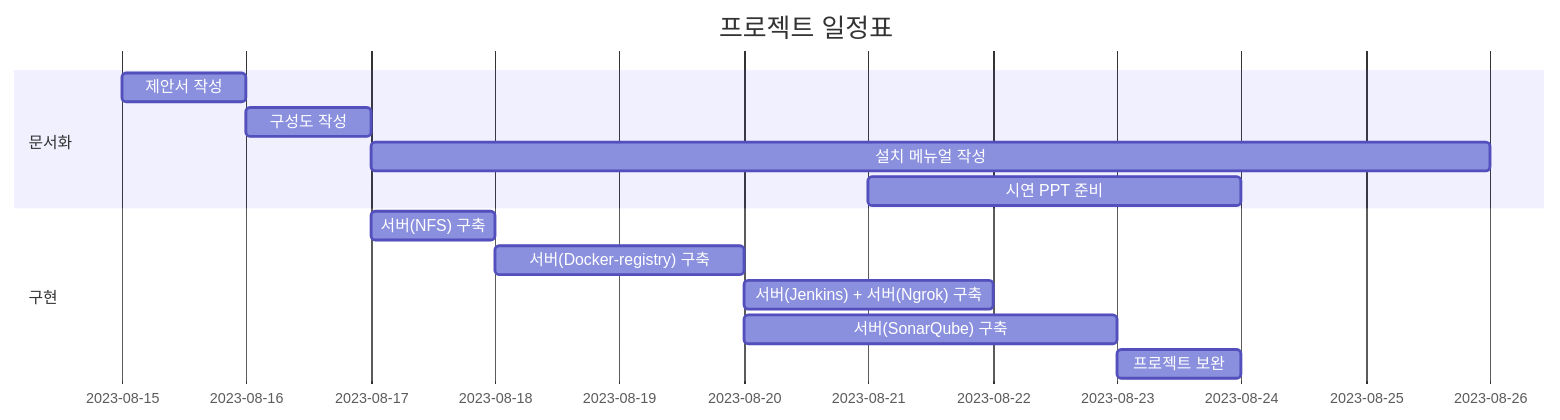
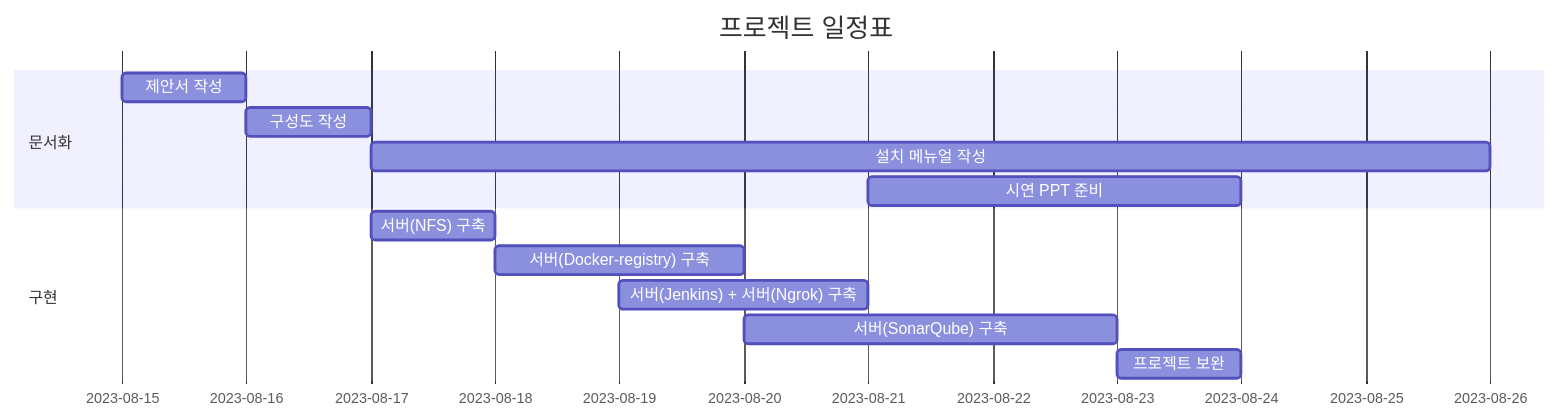
The diagram in README.md (KimJeongHoon190/First_Project), drawn with Mermaid before and after one commit.

````diff
--- a/README.md
+++ b/README.md
@@ -3,18 +3,18 @@
 ```mermaid
 gantt
     title 프로젝트 일정표
     dateFormat  YYYY-MM-DD
     section 문서화
     제안서 작성 : a1, 2023-08-15, 1d
     구성도 작성 : after a1, 1d
     설치 메뉴얼 작성 : after a1, 2023-08-17, 9d
     시연 PPT 준비 : after a1, 2023-08-21, 3d
    
 
     section 구현
     서버(NFS) 구축 : b1, 2023-08-17, 1d
     서버(Docker-registry) 구축 : b2, 2023-08-18, 2d
-    서버(Jenkins) + 서버(Ngrok) 구축 : after b2, 2d
+    서버(Jenkins) + 서버(Ngrok) 구축 : after b1, 2023-08-19, 2d
     서버(SonarQube) 구축 : b3, 2023-08-20, 3d
     프로젝트 보완 : after b3, 1d
 ```
````
